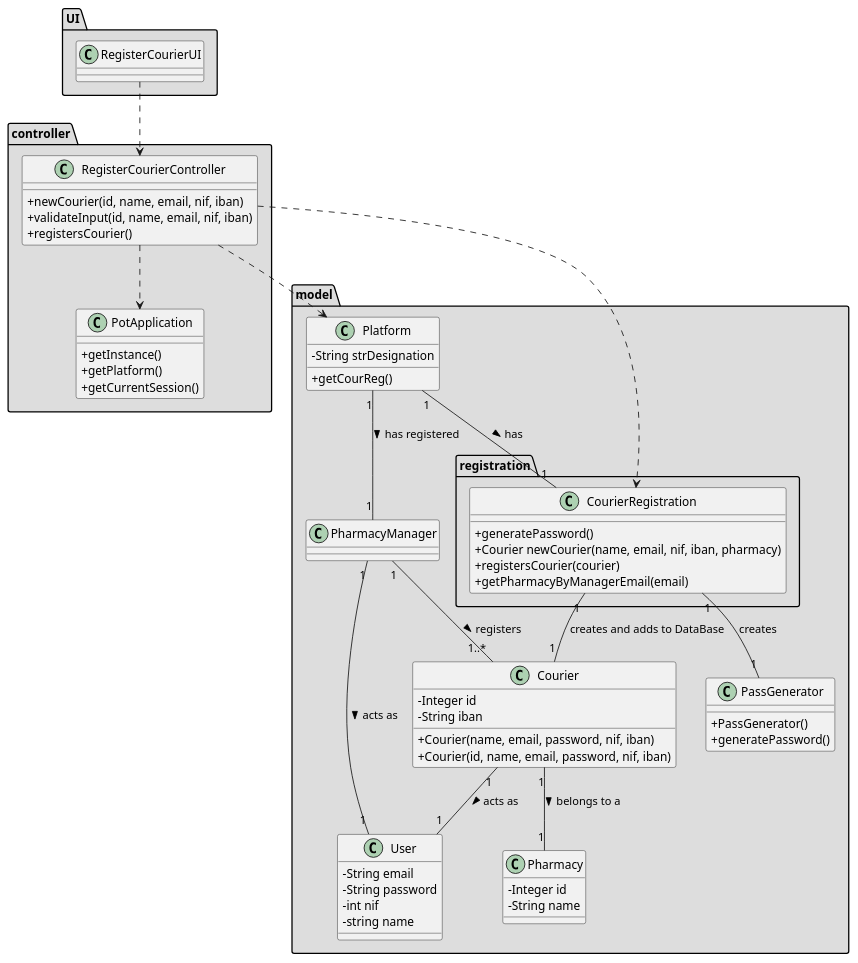
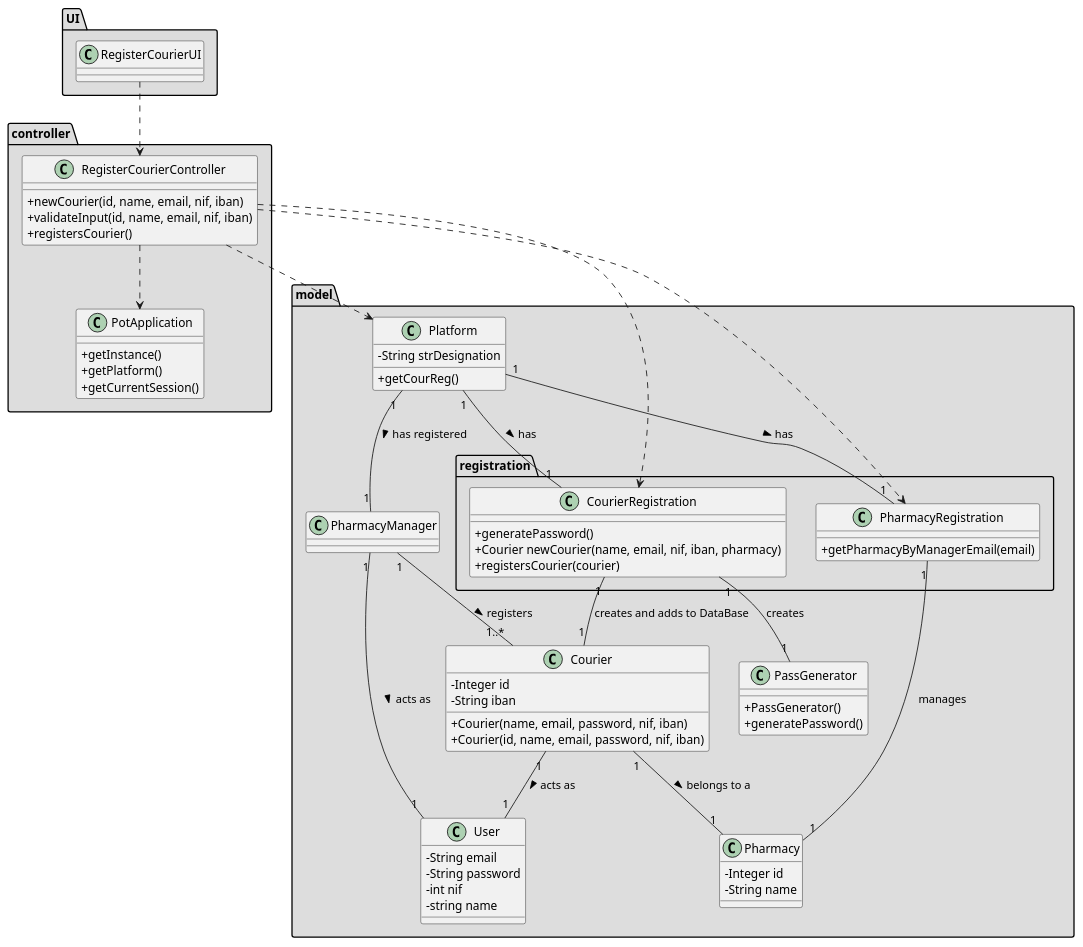
The diagram in docs/Iteration 1/Courier Management/US19_RegisterCourier/US19_CD.puml (tiagoavcosta25/LAPR3), drawn with PlantUML before and after one commit. The commit also changed 6 other files, not shown here.

Commit message:
LAPR2AP2 - 19 #fix RegisterCourier [Analysis] LAPR2AP2 - 19 #fix RegisterCourier [Design] LAPR2AP2 - 19 #fix RegisterCourier [Implementation]

```diff
--- a/docs/Iteration 1/Courier Management/US19_RegisterCourier/US19_CD.puml
+++ b/docs/Iteration 1/Courier Management/US19_RegisterCourier/US19_CD.puml
@@ -1,88 +1,97 @@
 @startuml
 skinparam classAttributeIconSize 0
 
 package "UI" #DDDDDD{
 class RegisterCourierUI {
     
 }
 }
 package "controller" #DDDDDD{
 class RegisterCourierController {
     
   +newCourier(id, name, email, nif, iban)
   +validateInput(id, name, email, nif, iban)
   +registersCourier()
 }
 class PotApplication
   {
     +getInstance()
     +getPlatform()
     +getCurrentSession()
   }
 
 }
 package "model" #DDDDDD{
 class Platform {
   -String strDesignation
   +getCourReg()
 }
 
 class Courier {
     -Integer id
     -String iban
 
    +Courier(name, email, password, nif, iban)
    +Courier(id, name, email, password, nif, iban)
 
 }
 class PharmacyManager {
 }
 
 class PassGenerator {
    +PassGenerator()
    +generatePassword()
 }
 
 class Pharmacy{
 -Integer id
 -String name
 }
 
 
 package "registration" #DDDDDD{
 class CourierRegistration {
 
   +generatePassword()
   +Courier newCourier(name, email, nif, iban, pharmacy)
   +registersCourier(courier)
+
+}
+
+class PharmacyRegistration {
+
   +getPharmacyByManagerEmail(email)
 
 }
+
 }
 class User{
   -String email
   -String password
   -int nif
   -string name
 }
 }
 
 
 Platform "1" -- "1" CourierRegistration: has >
+Platform "1" -- "1" PharmacyRegistration: has >
 Platform "1" -- "1" PharmacyManager: has registered >
 PharmacyManager "1" -- "1..*" Courier: registers >
 PharmacyManager "1" -- "1" User: acts as >
 Courier "1" -- "1" User: acts as >
 Courier "1" -- "1" Pharmacy: belongs to a >
 
 CourierRegistration "1" -- "1" Courier : creates and adds to DataBase
 CourierRegistration "1" -- "1" PassGenerator : creates
+PharmacyRegistration "1" -- "1" Pharmacy : manages
 
 
 RegisterCourierUI ..> RegisterCourierController
 
 RegisterCourierController ..> Platform
 RegisterCourierController ..> CourierRegistration
+RegisterCourierController ..> PharmacyRegistration
 RegisterCourierController ..> PotApplication
 
 @enduml
```
